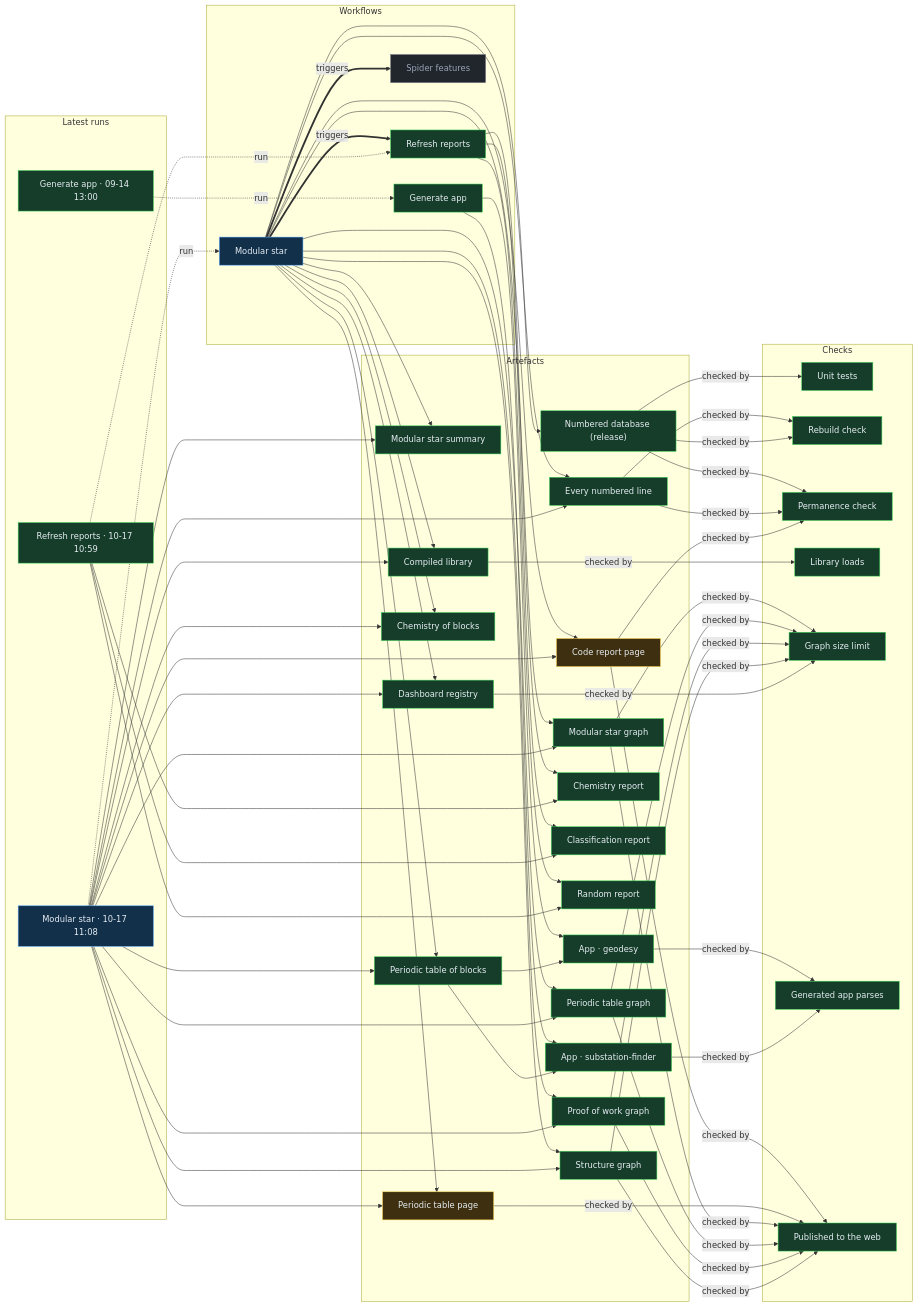
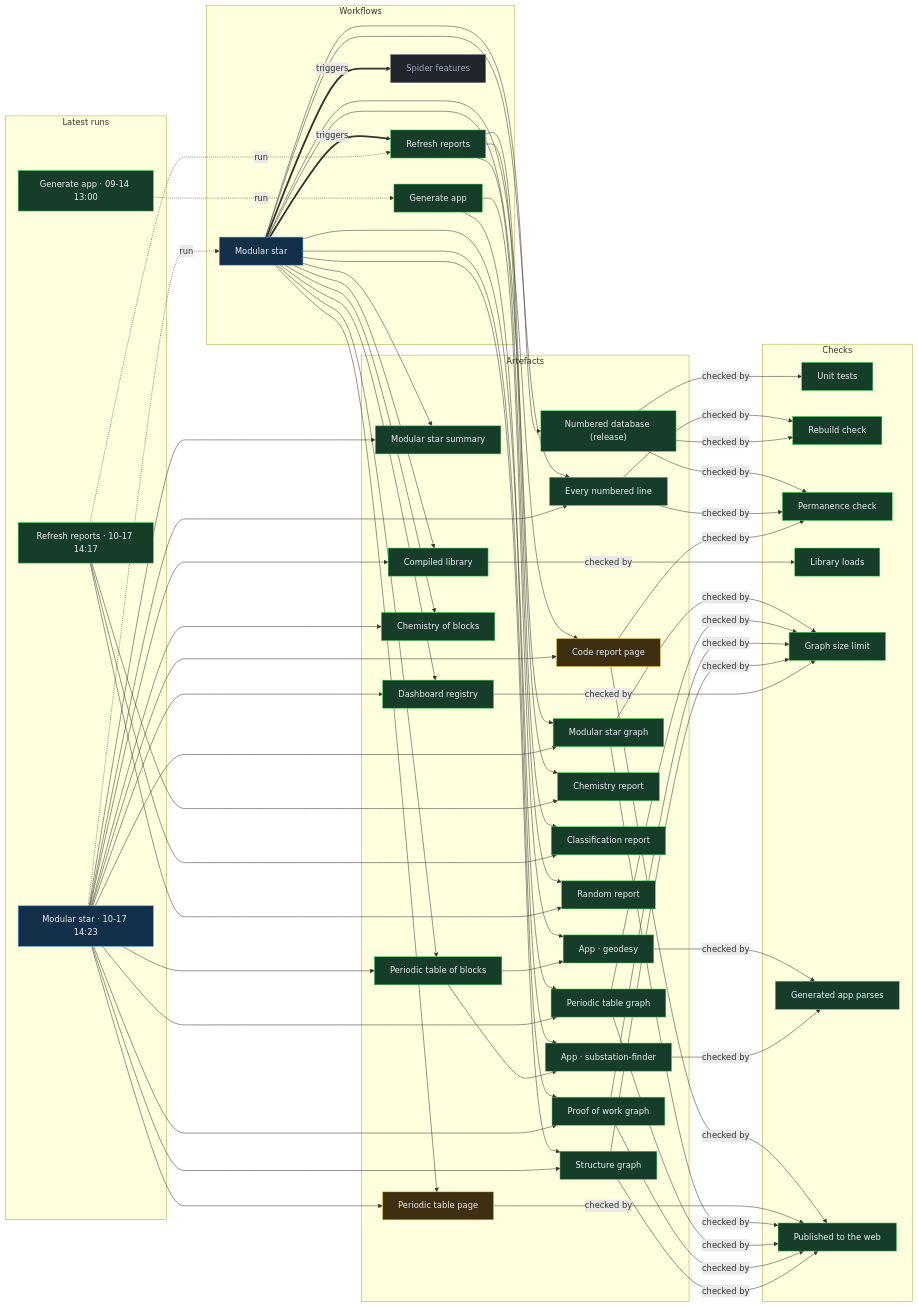
The diagram in proof/PROOF.md (Ventusltd/stars), drawn with Mermaid before and after one commit. The commit also changed other lines of this file and 33 other files, not shown here.

Commit message:
Modular star 2026-10-17T14:25Z

```diff
--- a/proof/PROOF.md
+++ b/proof/PROOF.md
@@ -24,8 +24,8 @@
   n_wf_spider_features["Spider features"]:::off
   end
   subgraph g_runs["Latest runs"]
-  n_run_39027544582["Modular star · 10-17 11:08"]:::live
-  n_run_39026955977["Refresh reports · 10-17 10:59"]:::ok
+  n_run_39040538874["Modular star · 10-17 14:23"]:::live
+  n_run_39040111816["Refresh reports · 10-17 14:17"]:::ok
   n_run_34846587798["Generate app · 09-14 13:00"]:::ok
   end
   subgraph g_artefacts["Artefacts"]
@@ -59,39 +59,39 @@
   end
   n_wf_modular_star == triggers ==> n_wf_refresh
   n_wf_modular_star == triggers ==> n_wf_spider_features
-  n_run_39027544582 -. run .-> n_wf_modular_star
-  n_run_39026955977 -. run .-> n_wf_refresh
+  n_run_39040538874 -. run .-> n_wf_modular_star
+  n_run_39040111816 -. run .-> n_wf_refresh
   n_run_34846587798 -. run .-> n_wf_generate
   n_wf_modular_star --> n_art_summary
-  n_run_39027544582 --> n_art_summary
+  n_run_39040538874 --> n_art_summary
   n_wf_modular_star --> n_art_lines
-  n_run_39027544582 --> n_art_lines
+  n_run_39040538874 --> n_art_lines
   n_wf_modular_star --> n_art_code
-  n_run_39027544582 --> n_art_code
+  n_run_39040538874 --> n_art_code
   n_wf_modular_star --> n_art_modular_graph
-  n_run_39027544582 --> n_art_modular_graph
+  n_run_39040538874 --> n_art_modular_graph
   n_wf_modular_star --> n_art_blocks
-  n_run_39027544582 --> n_art_blocks
+  n_run_39040538874 --> n_art_blocks
   n_wf_modular_star --> n_art_table
-  n_run_39027544582 --> n_art_table
+  n_run_39040538874 --> n_art_table
   n_wf_modular_star --> n_art_blocks_graph
-  n_run_39027544582 --> n_art_blocks_graph
+  n_run_39040538874 --> n_art_blocks_graph
   n_wf_modular_star --> n_art_reactions
-  n_run_39027544582 --> n_art_reactions
+  n_run_39040538874 --> n_art_reactions
   n_wf_modular_star --> n_art_library
-  n_run_39027544582 --> n_art_library
+  n_run_39040538874 --> n_art_library
   n_wf_modular_star --> n_art_features
-  n_run_39027544582 --> n_art_features
+  n_run_39040538874 --> n_art_features
   n_wf_modular_star --> n_art_proof
-  n_run_39027544582 --> n_art_proof
+  n_run_39040538874 --> n_art_proof
   n_wf_modular_star --> n_art_structure
-  n_run_39027544582 --> n_art_structure
+  n_run_39040538874 --> n_art_structure
   n_wf_refresh --> n_art_chemistry
-  n_run_39026955977 --> n_art_chemistry
+  n_run_39040111816 --> n_art_chemistry
   n_wf_refresh --> n_art_vedic
-  n_run_39026955977 --> n_art_vedic
+  n_run_39040111816 --> n_art_vedic
   n_wf_refresh --> n_art_random
-  n_run_39026955977 --> n_art_random
+  n_run_39040111816 --> n_art_random
   n_wf_modular_star --> n_art_release
   n_wf_generate --> n_app_geodesy
   n_art_blocks --> n_app_geodesy
```
